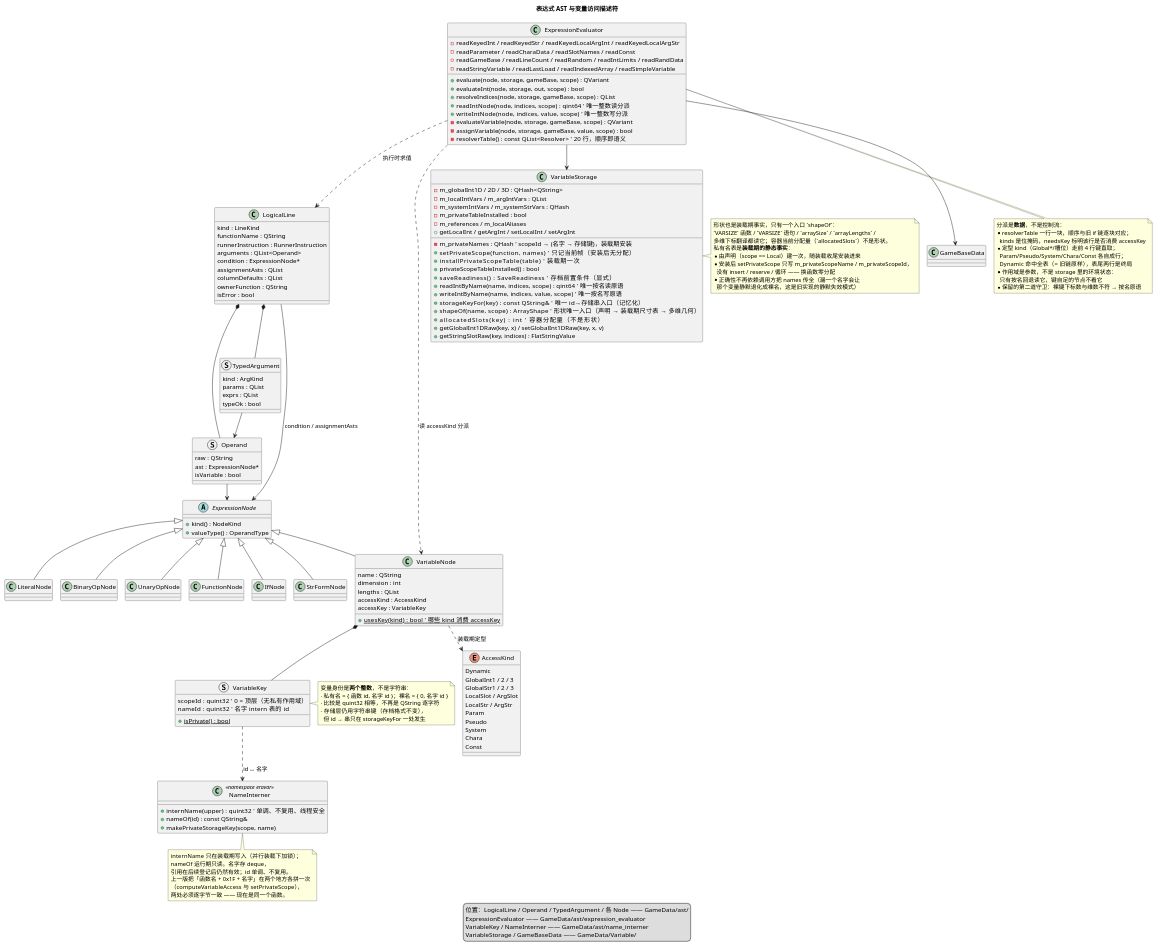
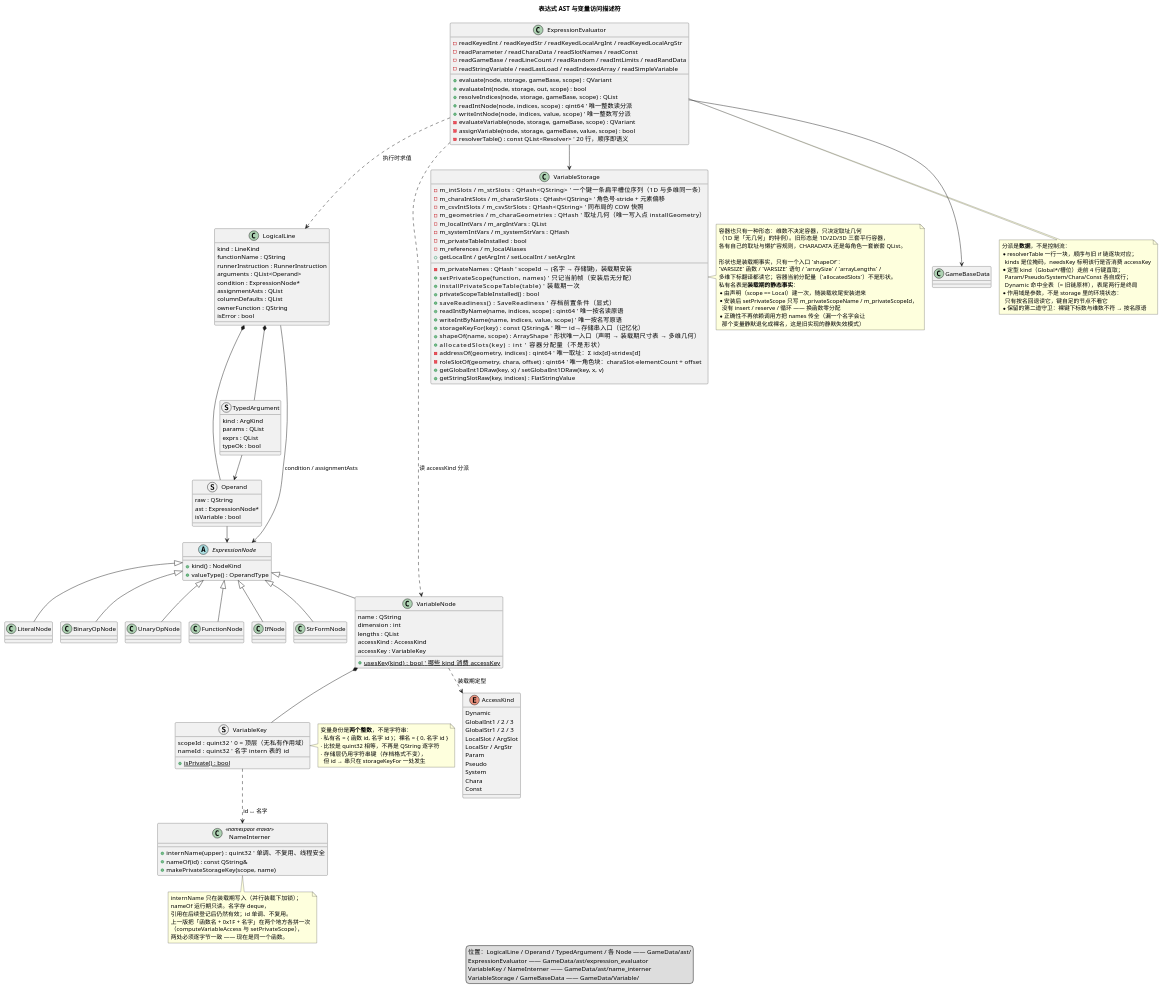
The diagram in docs/uml/03-expression-classes.puml (yigekuyou/qt-eraemu), drawn with PlantUML before and after one commit. The commit also changed 2 other files, not shown here.

Commit message:
docs/uml 同步：容器只有一种形态（一个键一条扁平槽位序列）
- 03：VariableStorage 容器清单改为 m_intSlots/m_strSlots、m_charaIntSlots/m_charaStrSlots、
  m_csvIntSlots/m_csvStrSlots + 几何缓存；补 addressOf / roleSlotOf 两条唯一公式。
- 05：单维/多维「两种形态」改写为「一种形态 + 维数只决定取址」，记旧形态的三套容器与
  CHARADATA 嵌套 QList；记 1D 浪费率收敛与 CHARADATA 稀疏 × stride 的代价。
- README：累计 34 → 35，ctest 60 → 61（新增 test_storage_form），同一处记账内存取舍。

```diff
--- a/docs/uml/03-expression-classes.puml
+++ b/docs/uml/03-expression-classes.puml
@@ -1,188 +1,197 @@
 @startuml 03-expression-classes
 ' 无 graphviz(dot) 时用 PlantUML 内置 smetana 布局引擎
 !pragma layout smetana
 ' emuera —— 表达式 AST / 变量访问描述符 / 求值器
 ' 渲染：plantuml -tpng docs/uml/03-expression-classes.puml
 title 表达式 AST 与变量访问描述符
 
   class LogicalLine {
     kind : LineKind
     functionName : QString
     runnerInstruction : RunnerInstruction
     arguments : QList<Operand>
     condition : ExpressionNode*
     assignmentAsts : QList
     columnDefaults : QList
     ownerFunction : QString
     isError : bool
   }
 
   struct Operand {
     raw : QString
     ast : ExpressionNode*
     isVariable : bool
   }
 
   struct TypedArgument {
     kind : ArgKind
     params : QList
     exprs : QList
     typeOk : bool
   }
 
   abstract class ExpressionNode {
     + kind() : NodeKind
     + valueType() : OperandType
   }
 
   class LiteralNode
   class BinaryOpNode
   class UnaryOpNode
   class FunctionNode
   class IfNode
   class StrFormNode
 
   class VariableNode {
     name : QString
     dimension : int
     lengths : QList
     accessKind : AccessKind
     accessKey : VariableKey
     {static} + usesKey(kind) : bool   ' 哪些 kind 消费 accessKey
   }
 
   struct VariableKey {
     scopeId : quint32   ' 0 = 顶层（无私有作用域）
     nameId : quint32    ' 名字 intern 表的 id
     {static} + isPrivate() : bool
   }
 
   class NameInterner <<namespace eravar>> {
     + internName(upper) : quint32   ' 单调、不复用、线程安全
     + nameOf(id) : const QString&
     + makePrivateStorageKey(scope, name)
     ' 全仓库唯一知道 0x1F 的地方：
     ' 「作用域串 + 0x1F + 名字串」只在这里拼
   }
 
   enum AccessKind {
     Dynamic
     GlobalInt1 / 2 / 3
     GlobalStr1 / 2 / 3
     LocalSlot / ArgSlot
     LocalStr / ArgStr
     Param
     Pseudo
     System
     Chara
     Const
   }
 
   class ExpressionEvaluator {
     + evaluate(node, storage, gameBase, scope) : QVariant
     + evaluateInt(node, storage, out, scope) : bool
     + resolveIndices(node, storage, gameBase, scope) : QList
     + readIntNode(node, indices, scope) : qint64   ' 唯一整数读分派
     + writeIntNode(node, indices, value, scope)    ' 唯一整数写分派
     - evaluateVariable(node, storage, gameBase, scope) : QVariant
     - assignVariable(node, storage, gameBase, value, scope) : bool
     - resolverTable() : const QList<Resolver>  ' 20 行，顺序即语义
     - readKeyedInt / readKeyedStr / readKeyedLocalArgInt / readKeyedLocalArgStr
     - readParameter / readCharaData / readSlotNames / readConst
     - readGameBase / readLineCount / readRandom / readIntLimits / readRandData
     - readStringVariable / readLastLoad / readIndexedArray / readSimpleVariable
   }
 
   class VariableStorage {
-    - m_globalInt1D / 2D / 3D : QHash<QString>
+    - m_intSlots / m_strSlots : QHash<QString>          ' 一个键一条扁平槽位序列（1D 与多维同一条）
+    - m_charaIntSlots / m_charaStrSlots : QHash<QString> ' 角色号·stride + 元素偏移
+    - m_csvIntSlots / m_csvStrSlots : QHash<QString>     ' 同布局的 COW 快照
+    - m_geometries / m_charaGeometries : QHash           ' 取址几何（唯一写入点 installGeometry）
     - m_localIntVars / m_argIntVars : QList
     - m_systemIntVars / m_systemStrVars : QHash
     - m_privateNames : QHash   ' scopeId → (名字 → 存储键)，装载期安装
     - m_privateTableInstalled : bool
     - m_references / m_localAliases
     + setPrivateScope(function, names)          ' 只记当前帧（安装后无分配）
     + installPrivateScopeTable(table)           ' 装载期一次
     + privateScopeTableInstalled() : bool
     + saveReadiness() : SaveReadiness           ' 存档前置条件（显式）
     + readIntByName(name, indices, scope) : qint64   ' 唯一按名读原语
     + writeIntByName(name, indices, value, scope)    ' 唯一按名写原语
     + storageKeyFor(key) : const QString&       ' 唯一 id→存储串入口（记忆化）
     + shapeOf(name, scope) : ArrayShape         ' 形状唯一入口（声明 → 装载期尺寸表 → 多维几何）
     + allocatedSlots(key) : int                 ' 容器分配量（不是形状）
+    - addressOf(geometry, indices) : qint64     ' 唯一取址：Σ idx[d]·strides[d]
+    - roleSlotOf(geometry, chara, offset) : qint64   ' 唯一角色块：charaSlot·elementCount + offset
     + getGlobalInt1DRaw(key, x) / setGlobalInt1DRaw(key, x, v)
     + getStringSlotRaw(key, indices) : FlatStringValue
     + getLocalInt / getArgInt / setLocalInt / setArgInt
   }
 
 class GameBaseData
 
 LogicalLine *-- Operand
 LogicalLine *-- TypedArgument
 LogicalLine --> ExpressionNode : condition / assignmentAsts
 Operand --> ExpressionNode
 TypedArgument --> Operand
 
 ExpressionNode <|-- LiteralNode
 ExpressionNode <|-- VariableNode
 ExpressionNode <|-- BinaryOpNode
 ExpressionNode <|-- UnaryOpNode
 ExpressionNode <|-- FunctionNode
 ExpressionNode <|-- IfNode
 ExpressionNode <|-- StrFormNode
 
 VariableNode *-- VariableKey
 VariableNode ..> AccessKind : 装载期定型
 VariableKey ..> NameInterner : id ↔ 名字
 ExpressionEvaluator ..> VariableNode : 读 accessKind 分派
 ExpressionEvaluator --> VariableStorage
 ExpressionEvaluator --> GameBaseData
 ExpressionEvaluator ..> LogicalLine : 执行时求值
 
 legend bottom
   位置：LogicalLine / Operand / TypedArgument / 各 Node —— GameData/ast/
   ExpressionEvaluator —— GameData/ast/expression_evaluator
   VariableKey / NameInterner —— GameData/ast/name_interner
   VariableStorage / GameBaseData —— GameData/Variable/
 endlegend
 
 note right of VariableKey
   变量身份是**两个整数**，不是字符串：
   · 私有名 = { 函数 id, 名字 id }；裸名 = { 0, 名字 id }
   · 比较是 quint32 相等，不再是 QString 逐字符
   · 存储层仍用字符串键（存档格式不变），
     但 id → 串只在 storageKeyFor 一处发生
 end note
 
 note right of VariableStorage
+  容器也只有一种形态：维数不决定容器，只决定取址几何
+  （1D 是「无几何」的特例）。旧形态是 1D/2D/3D 三套平行容器，
+  各有自己的取址与懒扩容规则，CHARADATA 还是每角色一套嵌套 QList。
+
   形状也是装载期事实，只有一个入口 `shapeOf`：
   `VARSIZE` 函数 / `VARSIZE` 语句 / `arraySize` / `arrayLengths` /
   多维下标翻译都读它；容器当前分配量（`allocatedSlots`）不是形状。
   私有名表是**装载期的静态事实**：
   * 由声明（scope == Local）建一次，随装载收尾安装进来
   * 安装后 setPrivateScope 只写 m_privateScopeName / m_privateScopeId，
     没有 insert / reserve / 循环 —— 换函数零分配
   * 正确性不再依赖调用方把 names 传全（漏一个名字会让
     那个变量静默退化成裸名，这是旧实现的静默失效模式）
 end note
 
 note bottom of NameInterner
   internName 只在装载期写入（并行装载下加锁）；
   nameOf 运行期只读。名字存 deque，
   引用在后续登记后仍然有效；id 单调、不复用。
   上一版把「函数名 + 0x1F + 名字」在两个地方各拼一次
   （computeVariableAccess 与 setPrivateScope），
   两处必须逐字节一致 —— 现在是同一个函数。
 end note
 
 note bottom of ExpressionEvaluator
   分派是**数据**，不是控制流：
   * resolverTable 一行一块，顺序与旧 if 链逐块对应；
     kinds 是位掩码，needsKey 标明该行是否消费 accessKey
   * 定型 kind（Global*/槽位）走前 4 行键直取；
     Param/Pseudo/System/Chara/Const 各自成行；
     Dynamic 命中全表（= 旧链原样），表尾两行是终局
   * 作用域是参数，不是 storage 里的环境状态：
     只有按名回退读它，键自足的节点不看它
   * 保留的第二道守卫：裸键下标数与维数不符 → 按名原语
 end note
 @enduml
```
